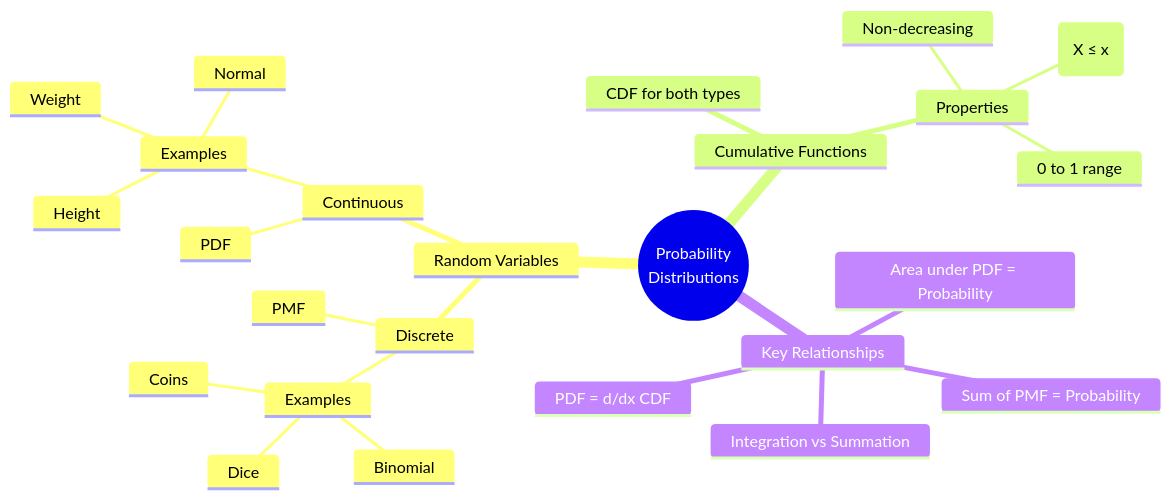
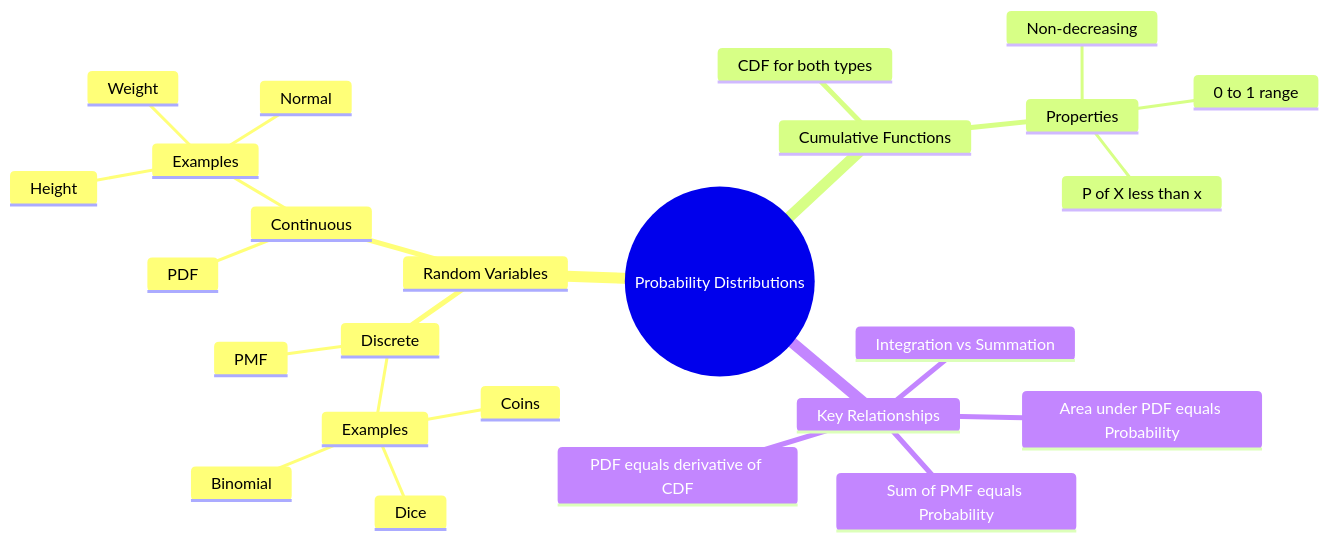
The ninth of 10 diagrams in Advanced_statistics.md (siddharthkumarrai/Statics), drawn with Mermaid before and after one commit. The commit also changed other lines of this file, not shown here.

````diff
--- a/Advanced_statistics.md
+++ b/Advanced_statistics.md
@@ -223,28 +264,28 @@
 ```mermaid
 mindmap
-  root((Probability<br/>Distributions))
+  root((Probability Distributions))
     Random Variables
       Discrete
         PMF
         Examples
           Dice
           Coins
           Binomial
       Continuous  
         PDF
         Examples
           Height
           Weight
           Normal
     Cumulative Functions
       CDF for both types
       Properties
         Non-decreasing
         0 to 1 range
-        P(X ≤ x)
+        P of X less than x
     Key Relationships
-      PDF = d/dx CDF
-      Area under PDF = Probability
-      Sum of PMF = Probability
+      PDF equals derivative of CDF
+      Area under PDF equals Probability
+      Sum of PMF equals Probability
       Integration vs Summation
 ```
````
